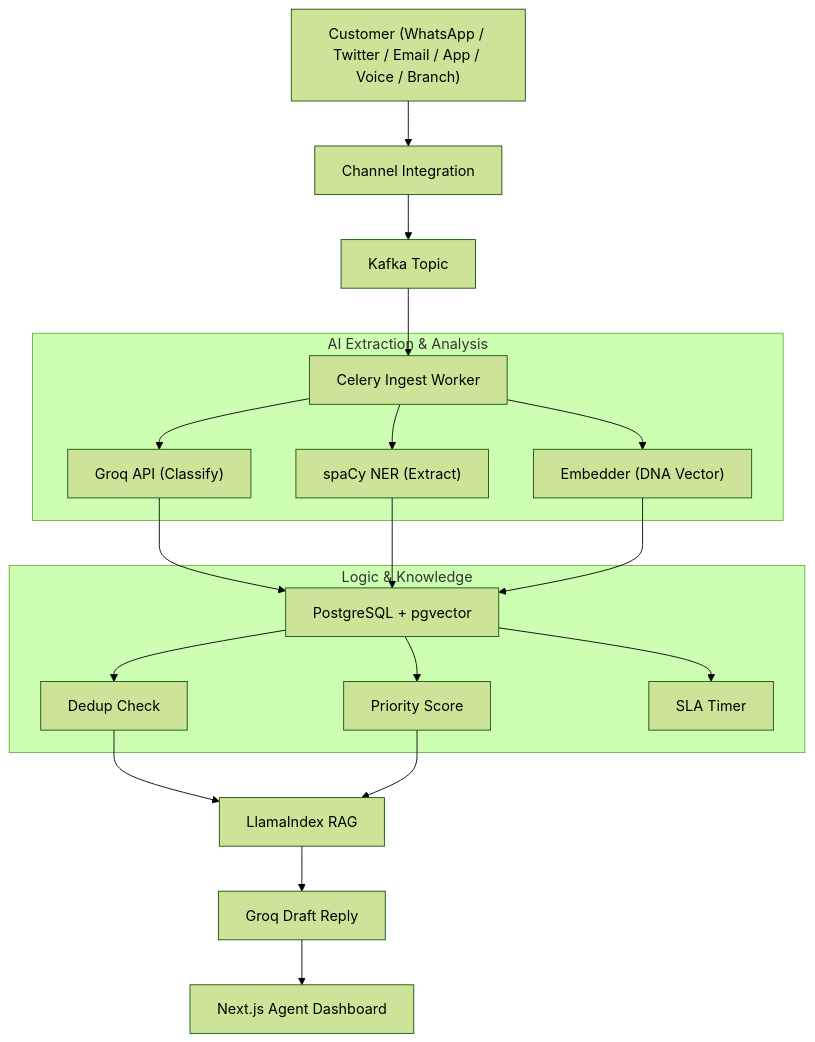
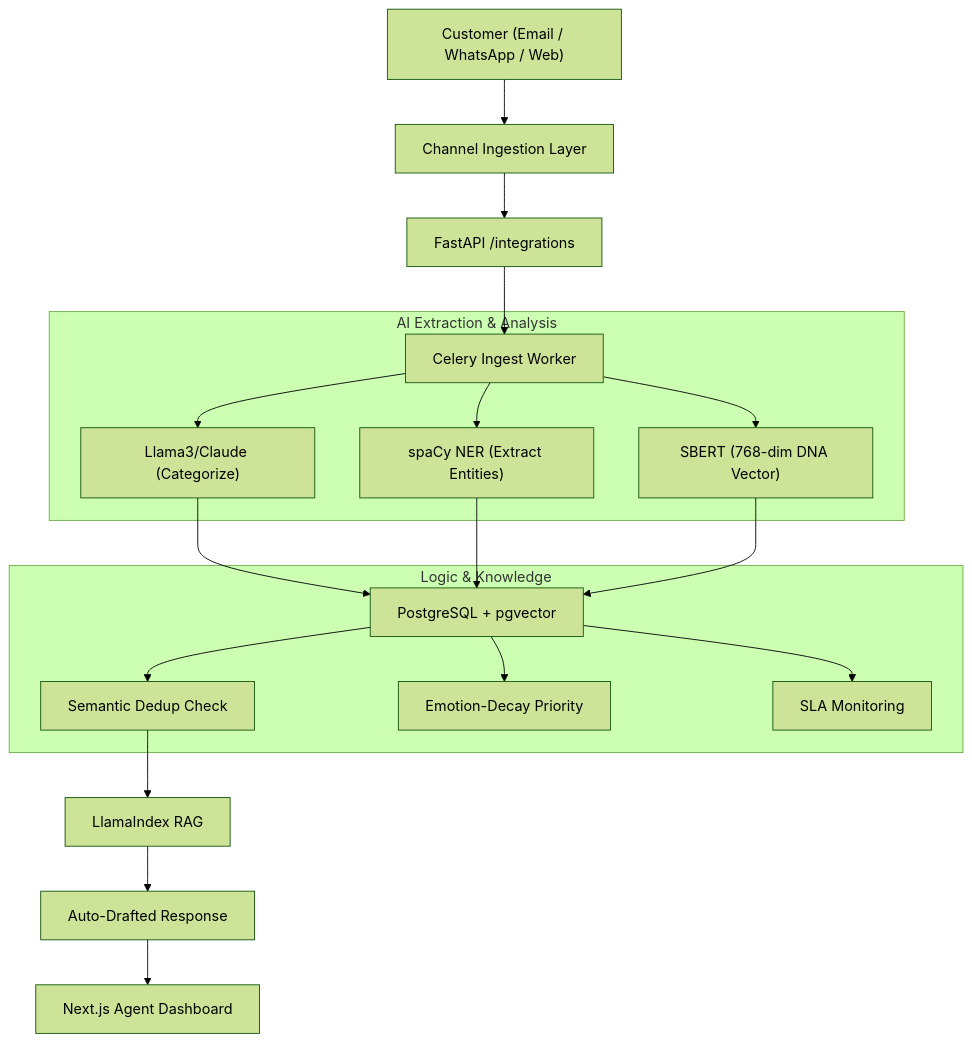
One commit to kshitijsingh1-tech/CREST changed the diagram in README.md. Above: the diagram before and after it, drawn with Mermaid (forest theme). The commit also changed other lines of this file and 27 other files, not shown here.

````diff
--- a/README.md
+++ b/README.md
@@ -129,28 +27,26 @@
 ```mermaid
 graph TD
-    A["Customer (WhatsApp / Twitter / Email / App / Voice / Branch)"] --> B["Channel Integration"]
-    B --> C["Kafka Topic"]
+    A["Customer (Email / WhatsApp / Web)"] --> B["Channel Ingestion Layer"]
+    B --> C["FastAPI /integrations"]
     C --> D["Celery Ingest Worker"]
     
     subgraph "AI Extraction & Analysis"
-        D --> E["Groq API (Classify)"]
-        D --> F["spaCy NER (Extract)"]
-        D --> G["Embedder (DNA Vector)"]
+        D --> E["Llama3/Claude (Categorize)"]
+        D --> F["spaCy NER (Extract Entities)"]
+        D --> G["SBERT (768-dim DNA Vector)"]
     end
     
     E --> H["PostgreSQL + pgvector"]
     F --> H
     G --> H
     
     subgraph "Logic & Knowledge"
-        H --> I["Dedup Check"]
-        H --> J["Priority Score"]
-        H --> K["SLA Timer"]
+        H --> I["Semantic Dedup Check"]
+        H --> J["Emotion-Decay Priority"]
+        H --> K["SLA Monitoring"]
     end
     
     I --> L["LlamaIndex RAG"]
-    J --> L
-    
-    L --> M["Groq Draft Reply"]
+    L --> M["Auto-Drafted Response"]
     M --> N["Next.js Agent Dashboard"]
 ```
````
